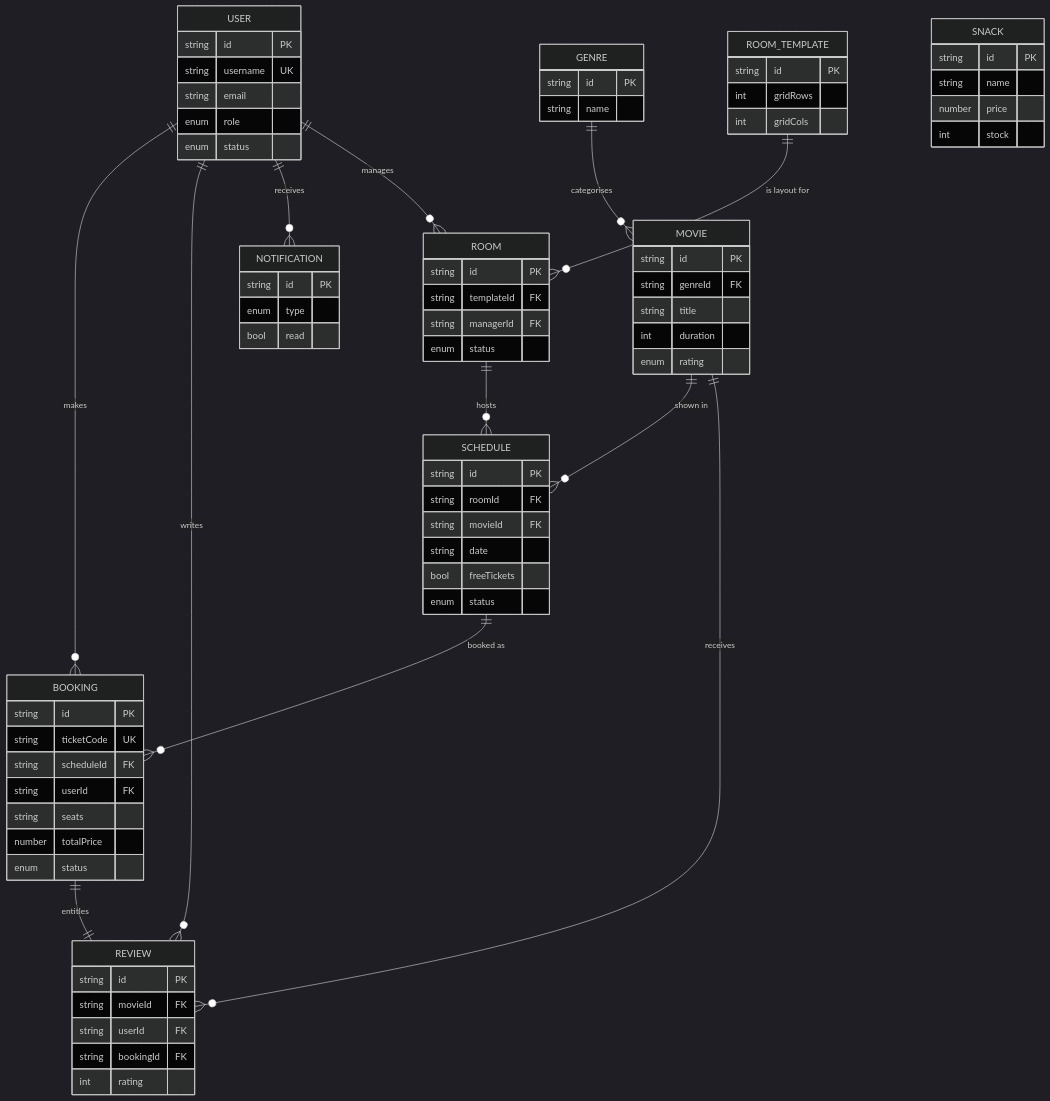
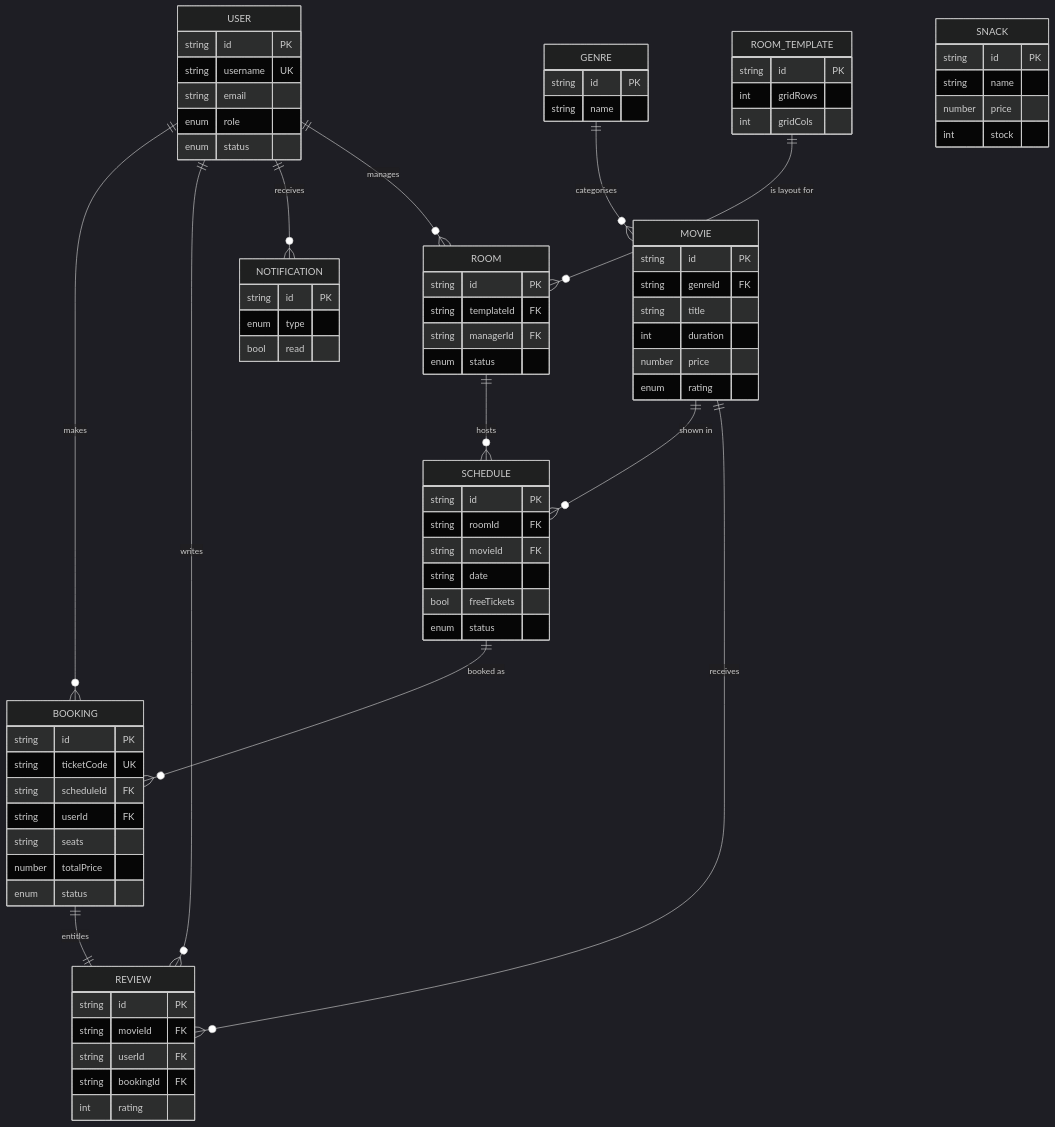
One commit to hspena/unicinema-project changed the diagram in DOCUMENTATION.md. Above: the diagram before and after it, drawn with Mermaid (dark theme). The commit also changed other lines of this file and 1 other file, not shown here.

```diff
--- a/DOCUMENTATION.md
+++ b/DOCUMENTATION.md
@@ -559,6 +615,7 @@
         string genreId FK
         string title
         int    duration
+        number price
         enum   rating
     }
     ROOM_TEMPLATE {
```
